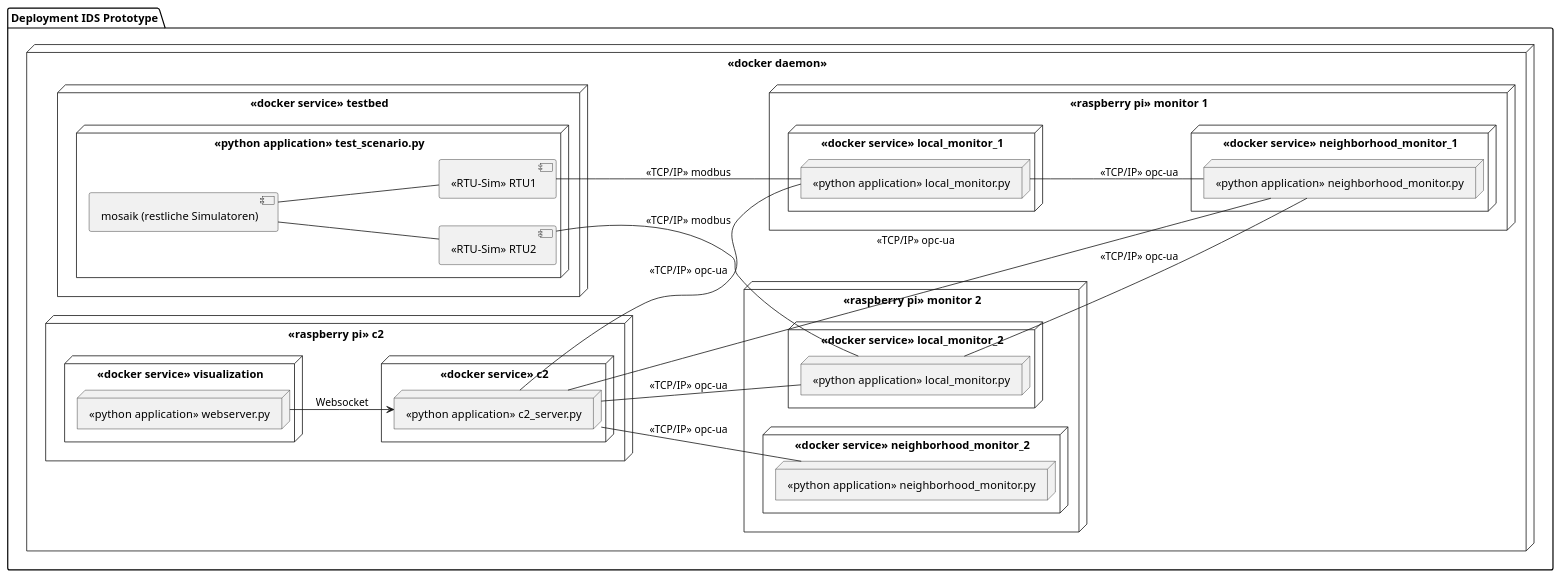
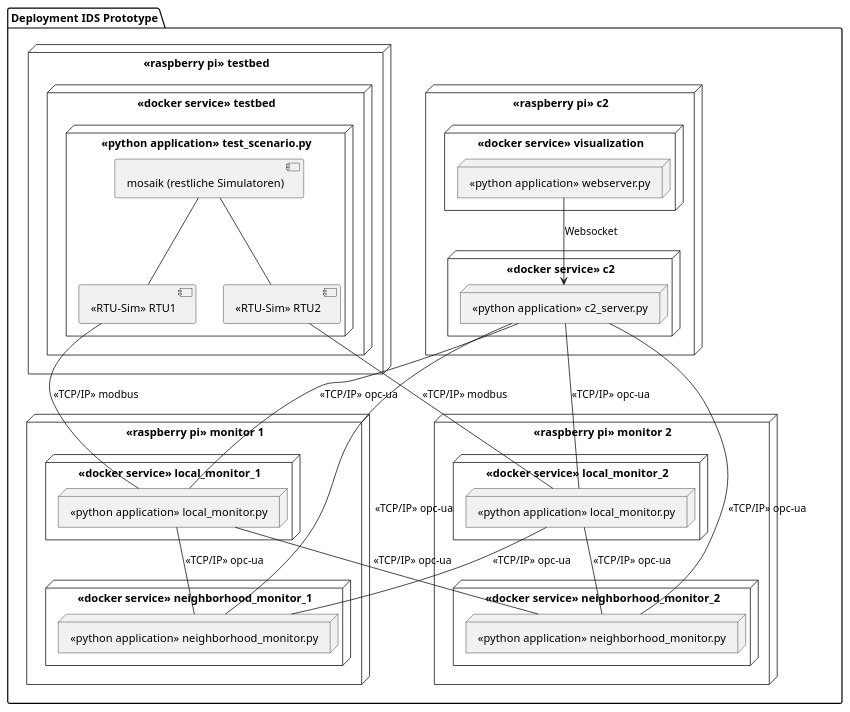
Before and after one commit to PhantomPhr3ak/bachelorthesis-distributed-ids: the diagram in diagrams/RaspPiDeployment.puml, drawn with PlantUML.

Commit message:
fix puml file

```diff
--- a/diagrams/RaspPiDeployment.puml
+++ b/diagrams/RaspPiDeployment.puml
@@ -1,68 +1,73 @@
 @startuml
 'https://plantuml.com/deployment-diagram
 
 package "Deployment IDS Prototype" {
-    node "<<docker daemon>>" {
-        node "<<docker service>> testbed" as testbed {
-            node "<<python application>> test_scenario.py" as sim {
-                component "mosaik (restliche Simulatoren)" as mosaik
-                component "<<RTU-Sim>> RTU2" as rtu2
-                component "<<RTU-Sim>> RTU1" as rtu1
+        node "<<raspberry pi>> testbed" as testbedpi {
+            node "<<docker service>> testbed" as testbed {
+                node "<<python application>> test_scenario.py" as sim {
+                    component "mosaik (restliche Simulatoren)" as mosaik
+                    component "<<RTU-Sim>> RTU2" as rtu2
+                    component "<<RTU-Sim>> RTU1" as rtu1
 
-                mosaik -- rtu1
-                mosaik -- rtu2
+                    mosaik -- rtu1
+                    mosaik -- rtu2
+                }
             }
         }
+
 
         node "<<raspberry pi>> c2" as c2pi {
                 node "<<docker service>> c2" as c2 {
                 node "<<python application>> c2_server.py" as c2py
             }
             node "<<docker service>> visualization" as vis {
                 node "<<python application>> webserver.py" as vispy
             }
         }
 
         node "<<raspberry pi>> monitor 1" as m1 {
             node "<<docker service>> local_monitor_1" as lm1 {
                 node "<<python application>> local_monitor.py" as lm1py
             }
             node "<<docker service>> neighborhood_monitor_1" as nm1 {
                 node "<<python application>> neighborhood_monitor.py" as nm1py
             }
         }
 
         node "<<raspberry pi>> monitor 2" as m2 {
             node "<<docker service>> local_monitor_2" as lm2 {
                 node "<<python application>> local_monitor.py" as lm2py
             }
 
             node "<<docker service>> neighborhood_monitor_2" as nm2 {
                 node "<<python application>> neighborhood_monitor.py" as nm2py
             }
         }
 
 
         c2py -- lm1py : "<<TCP/IP>> opc-ua"
         c2py -- lm2py : "<<TCP/IP>> opc-ua"
         c2py -- nm1py : "<<TCP/IP>> opc-ua"
         c2py -- nm2py : "<<TCP/IP>> opc-ua"
 
         rtu1 -- lm1py : "<<TCP/IP>> modbus"
         rtu2 -- lm2py : "<<TCP/IP>> modbus"
 
         lm1py -- nm1py : "<<TCP/IP>> opc-ua"
         lm2py -- nm1py : "<<TCP/IP>> opc-ua"
 
+        lm1py -- nm2py : "<<TCP/IP>> opc-ua"
+        lm2py -- nm2py : "<<TCP/IP>> opc-ua"
+
         vispy --> c2py : "Websocket"
 
     }
-}
+
 
 top to bottom direction
-left to right direction
+'left to right direction
 
 'skinparam linetype polyline
 'skinparam linetype ortho
 
 @enduml
```
